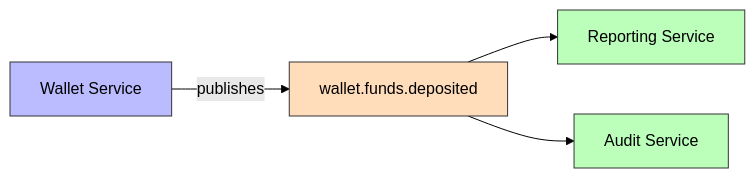
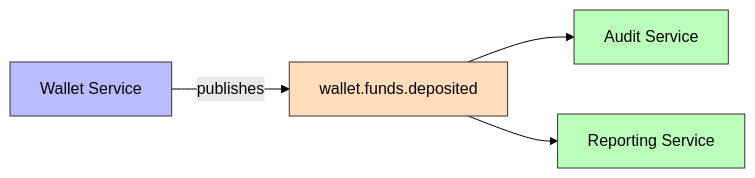
The first of 2 diagrams in docs/obsidian/03 - Domain Events/FundsDeposited.md (AlexAlvarezGallardo-GitHub/Aegis), drawn with Mermaid (forest theme) before and after one commit. The commit also changed other lines of this file and 87 other files, not shown here.

````diff
--- a/docs/obsidian/03 - Domain Events/FundsDeposited.md
+++ b/docs/obsidian/03 - Domain Events/FundsDeposited.md
@@ -14,10 +14,10 @@
 ```mermaid
 graph LR
     Wallet[Wallet Service] -->|publishes| Topic[wallet.funds.deposited]
+    Topic --> Audit[Audit Service]
     Topic --> Report[Reporting Service]
-    Topic --> Audit[Audit Service]
     style Wallet fill:#bbf,stroke:#333,color:#000
     style Topic fill:#fdb,stroke:#333,color:#000
+    style Audit fill:#bfb,stroke:#333,color:#000
     style Report fill:#bfb,stroke:#333,color:#000
-    style Audit fill:#bfb,stroke:#333,color:#000
 ```
````
